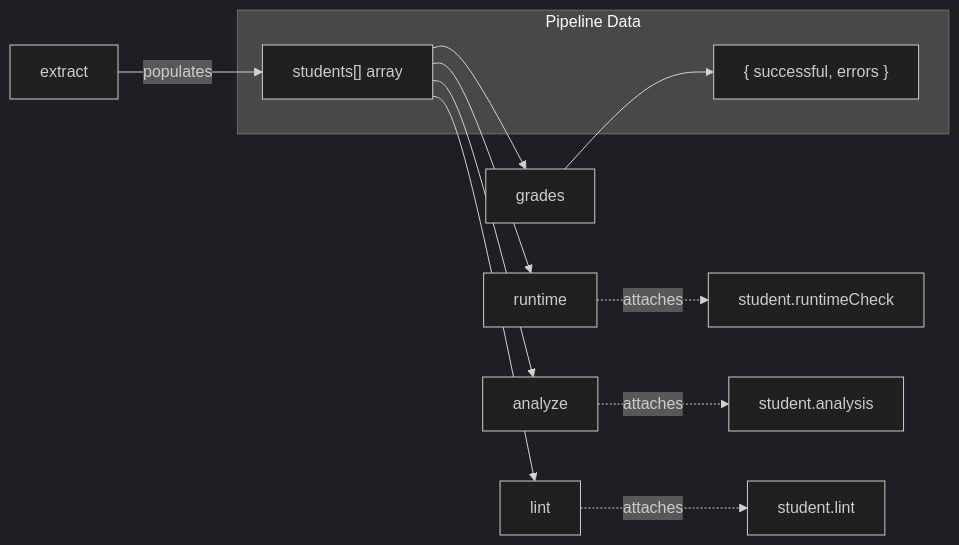
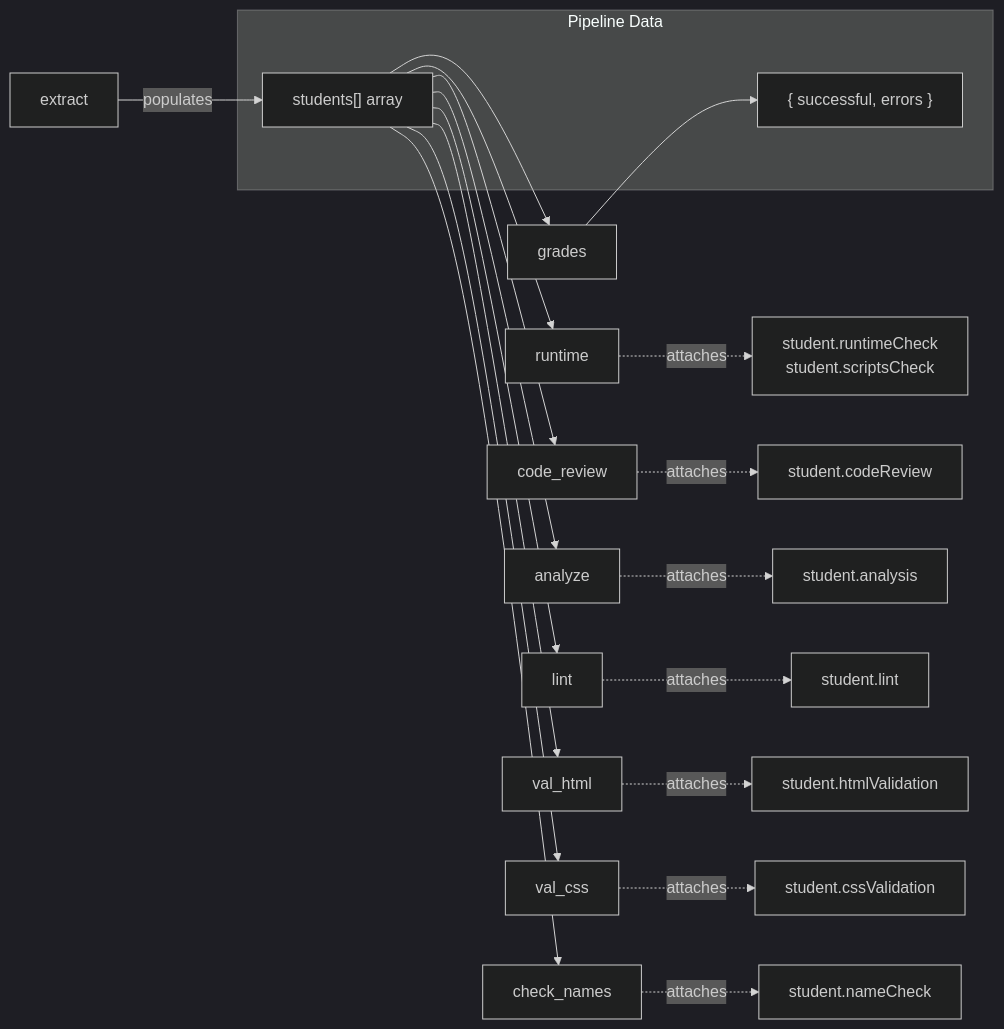
One commit to ProfBird/CS233JS-AI_Grading changed the fifth of 5 diagrams in DEVELOPER_GUIDE.md. Above: the diagram before and after it, drawn with Mermaid (dark theme). The commit also changed other lines of this file and 2 other files, not shown here.

````diff
--- a/DEVELOPER_GUIDE.md
+++ b/DEVELOPER_GUIDE.md
@@ -452,18 +644,26 @@
 ```mermaid
 graph LR
     subgraph "Pipeline Data"
         students["students[] array"]
         gradeSummary["{ successful, errors }"]
     end
 
     extract -->|populates| students
-    runtime -.->|attaches| runtimeData["student.runtimeCheck"]
+    runtime -.->|attaches| runtimeData["student.runtimeCheck\nstudent.scriptsCheck"]
+    code_review -.->|attaches| crData["student.codeReview"]
     analyze -.->|attaches| analysisData["student.analysis"]
     lint -.->|attaches| lintData["student.lint"]
+    val_html -.->|attaches| htmlData["student.htmlValidation"]
+    val_css -.->|attaches| cssData["student.cssValidation"]
+    check_names -.->|attaches| nameData["student.nameCheck"]
     grades --> gradeSummary
 
     students --> runtime
+    students --> code_review
     students --> analyze
     students --> lint
+    students --> val_html
+    students --> val_css
+    students --> check_names
     students --> grades
 ```
````
